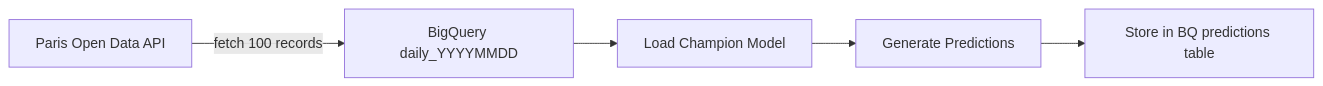
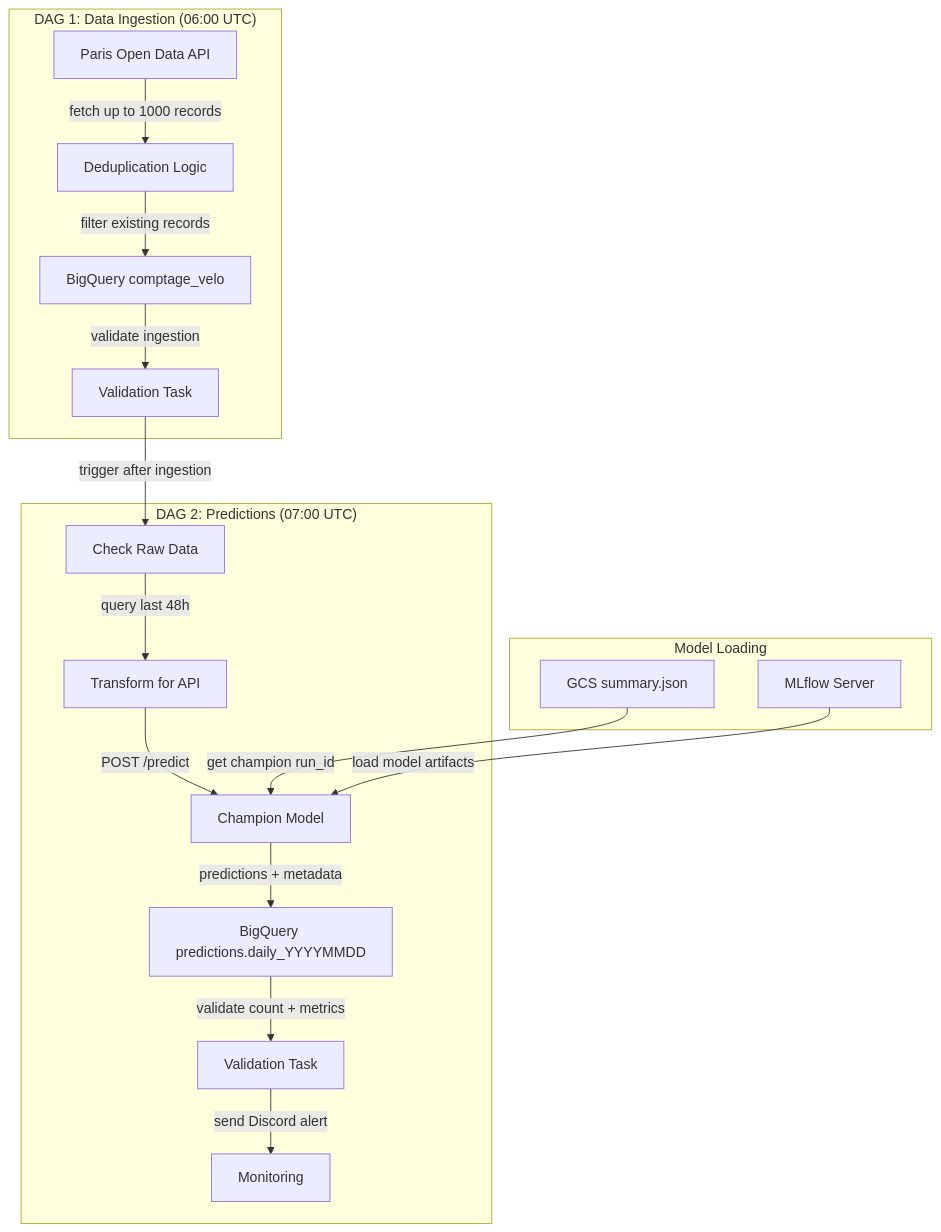
One commit to arthurcornelio88/bike-count-prediction-app changed the diagram in docs/fetch_data_strategy.md. Above: the diagram before and after it, drawn with Mermaid. The commit also changed other lines of this file and 5 other files, not shown here.

````diff
--- a/docs/fetch_data_strategy.md
+++ b/docs/fetch_data_strategy.md
@@ -171,7 +173,22 @@
 ```mermaid
-graph LR
-    A[Paris Open Data API] -->|fetch 100 records| B[BigQuery daily_YYYYMMDD]
-    B --> C[Load Champion Model]
-    C --> D[Generate Predictions]
-    D --> E[Store in BQ predictions table]
+graph TB
+    subgraph "DAG 1: Data Ingestion (06:00 UTC)"
+        A[Paris Open Data API] -->|fetch up to 1000 records| B[Deduplication Logic]
+        B -->|filter existing records| C[BigQuery comptage_velo]
+        C -->|validate ingestion| D[Validation Task]
+    end
+
+    subgraph "DAG 2: Predictions (07:00 UTC)"
+        D -->|trigger after ingestion| E[Check Raw Data]
+        E -->|query last 48h| F[Transform for API]
+        F -->|POST /predict| G[Champion Model]
+        G -->|predictions + metadata| H[BigQuery predictions.daily_YYYYMMDD]
+        H -->|validate count + metrics| I[Validation Task]
+        I -->|send Discord alert| J[Monitoring]
+    end
+
+    subgraph "Model Loading"
+        K[GCS summary.json] -->|get champion run_id| G
+        L[MLflow Server] -->|load model artifacts| G
+    end
 ```
````
